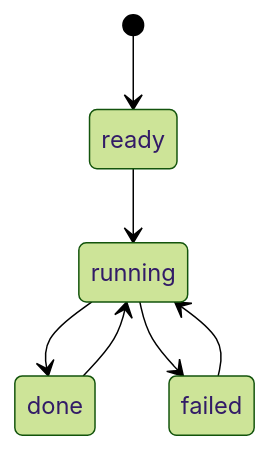
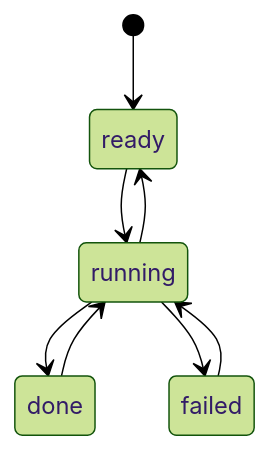
One commit to cheapseatsdev/cheapseats changed the sixth of 7 diagrams in docs/states.md. Above: the diagram before and after it, drawn with Mermaid (forest theme). The commit also changed other lines of this file and 32 other files, not shown here.

````diff
--- a/docs/states.md
+++ b/docs/states.md
@@ -132,9 +136,10 @@
 ```mermaid
 stateDiagram-v2
     [*] --> ready
     ready --> running
     running --> done
     running --> failed
+    running --> ready
     done --> running
     failed --> running
 ```
````
